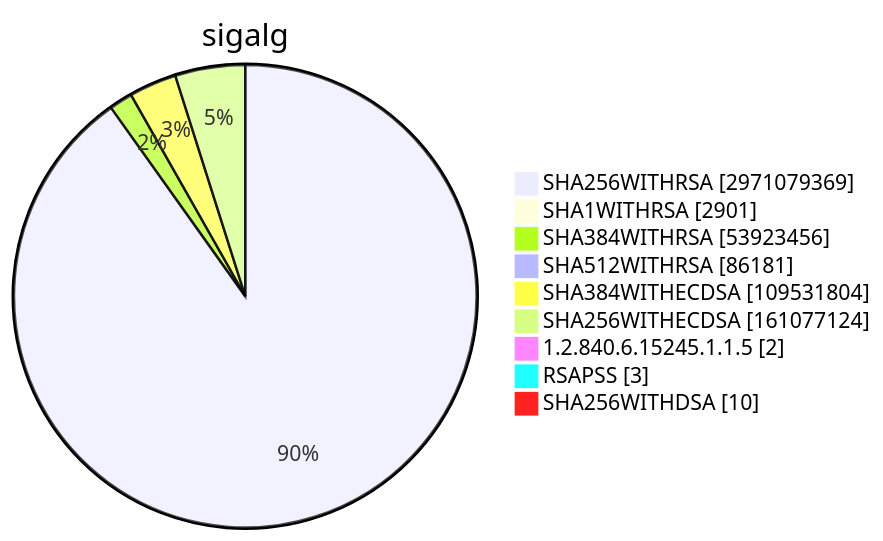
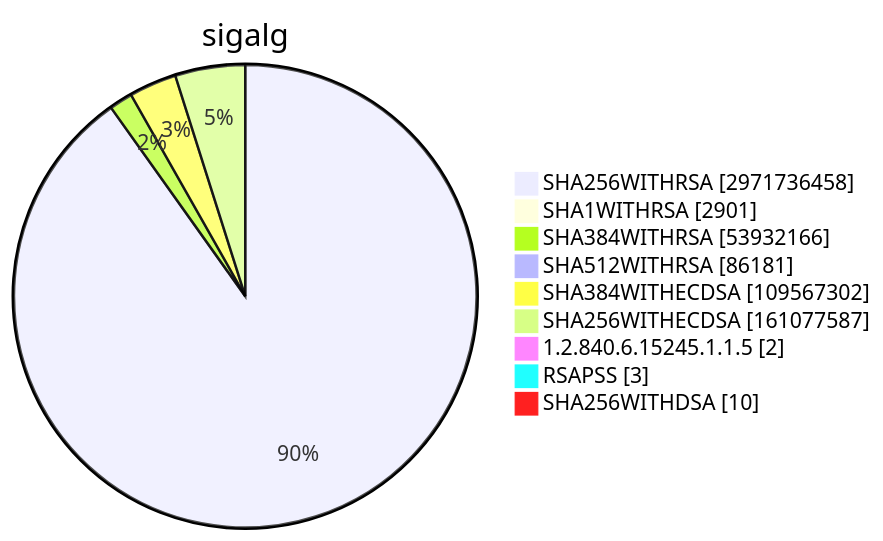
Diagram 15 of 15 in TOTAL/README.md (christiankrug/ctmonitor_visualization), drawn with Mermaid before and after one commit. The commit also changed other lines of this file, not shown here.

````diff
--- a/TOTAL/README.md
+++ b/TOTAL/README.md
@@ -6208,13 +6208,13 @@
 ```mermaid
 pie showData
 title sigalg
-"SHA256WITHRSA" :2971079369
+"SHA256WITHRSA" :2971736458
 "SHA1WITHRSA" :2901
-"SHA384WITHRSA" :53923456
+"SHA384WITHRSA" :53932166
 "SHA512WITHRSA" :86181
-"SHA384WITHECDSA" :109531804
-"SHA256WITHECDSA" :161077124
+"SHA384WITHECDSA" :109567302
+"SHA256WITHECDSA" :161077587
 "1.2.840.6.15245.1.1.5" :2
 "RSAPSS" :3
 "SHA256WITHDSA" :10
 ```
````
